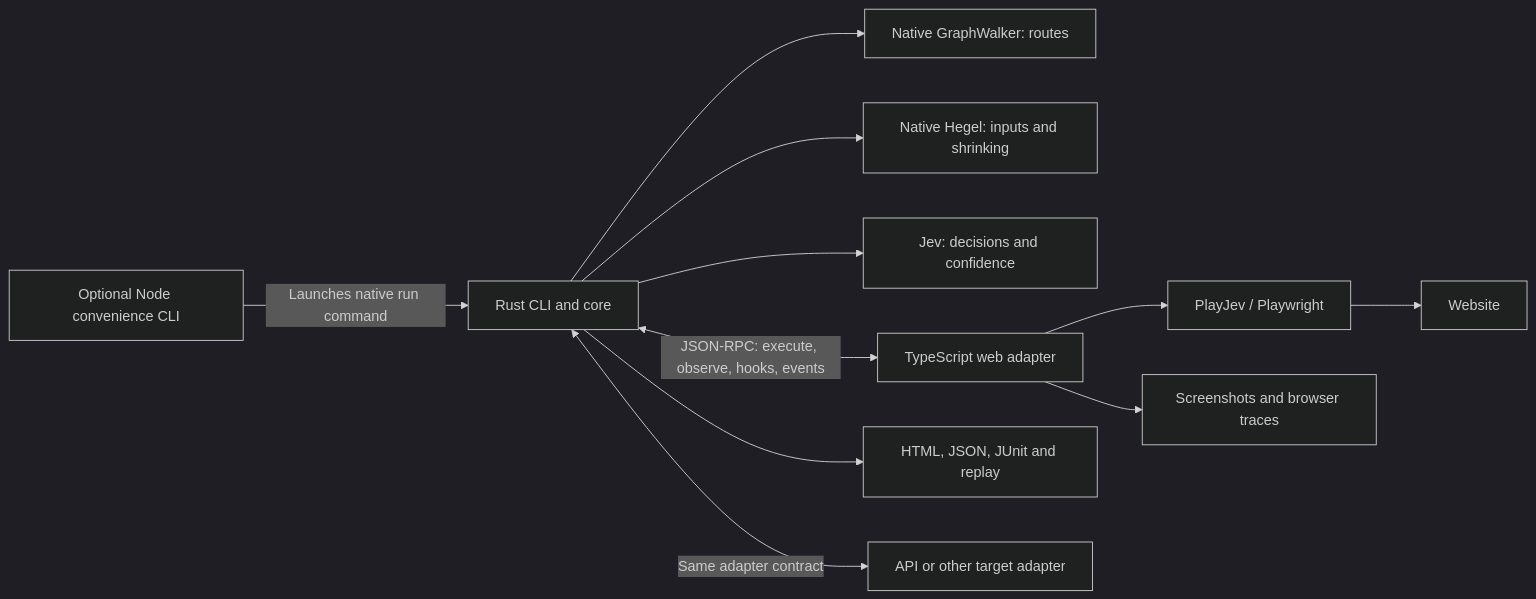
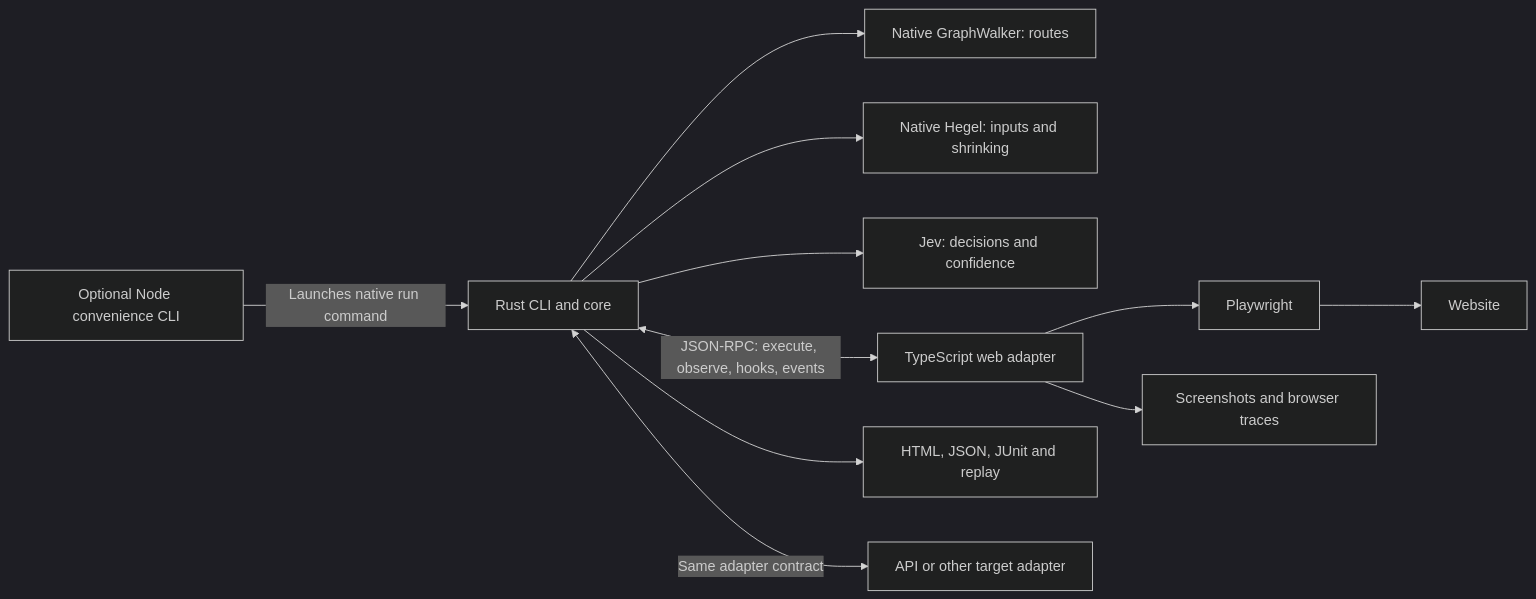
Before and after one commit to mattlock83/testwalker: the second of 2 diagrams in testwalker-web/docs/testing.md, drawn with Mermaid (dark theme). The commit also changed other lines of this file and 17 other files, not shown here.

Commit message:
Replace PlayJev with direct Playwright and Jev execution

````diff
--- a/testwalker-web/docs/testing.md
+++ b/testwalker-web/docs/testing.md
@@ -253,13 +253,13 @@
 ```mermaid
 flowchart LR
     CLI[Optional Node convenience CLI] -->|Launches native run command| CORE[Rust CLI and core]
     CORE --> GW[Native GraphWalker: routes]
     CORE --> HG[Native Hegel: inputs and shrinking]
     CORE --> JEV[Jev: decisions and confidence]
     CORE <-->|JSON-RPC: execute, observe, hooks, events| WEB[TypeScript web adapter]
-    WEB --> BU[PlayJev / Playwright]
+    WEB --> BU[Playwright]
     BU --> SITE[Website]
     WEB --> EVIDENCE[Screenshots and browser traces]
     CORE --> REPORT[HTML, JSON, JUnit and replay]
     CORE <-->|Same adapter contract| OTHER[API or other target adapter]
 ```
````
